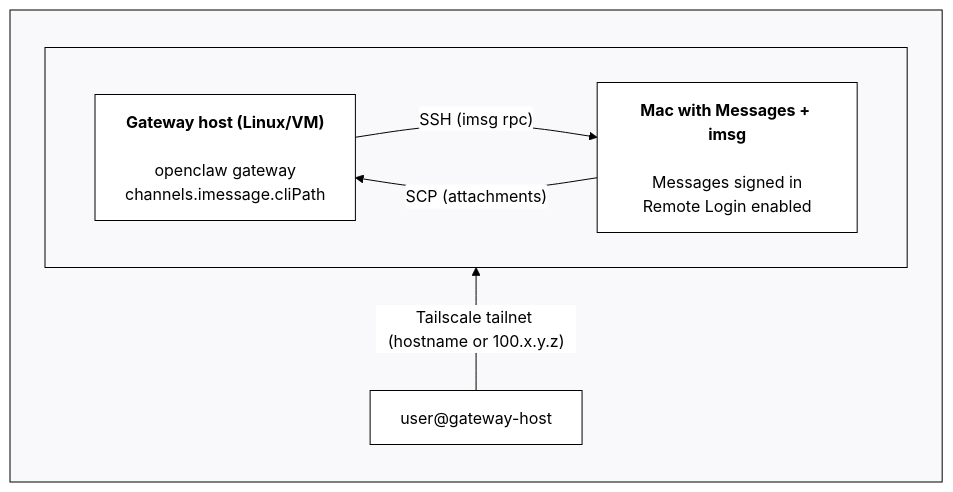
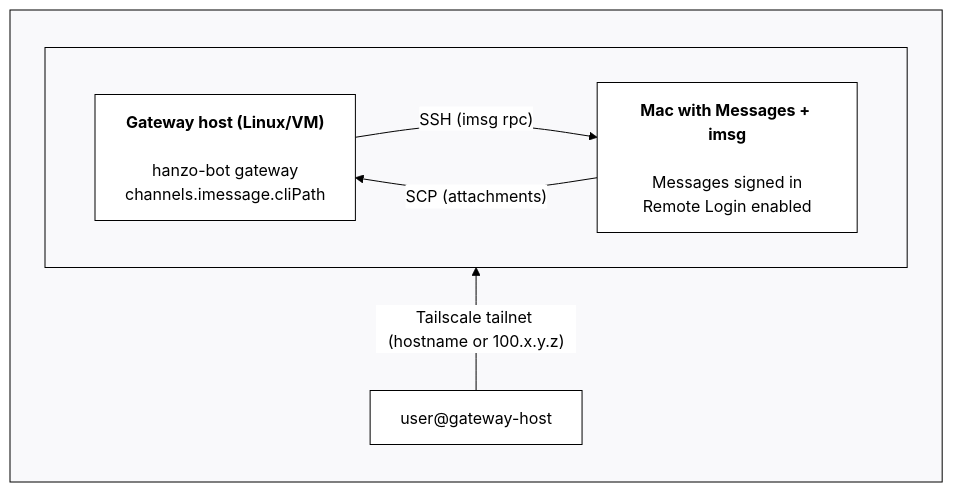
Before and after one commit to hanzoai/bot: the diagram in docs/channels/imessage.md, drawn with Mermaid. The commit also changed other lines of this file and 3134 other files, not shown here.

First line of the commit message:
Rebrand OpenClaw → Hanzo Bot across entire codebase

````diff
--- a/docs/channels/imessage.md
+++ b/docs/channels/imessage.md
@@ -175,30 +175,30 @@
 ```mermaid
 %%{init: {
   'theme': 'base',
   'themeVariables': {
     'primaryColor': '#ffffff',
     'primaryTextColor': '#000000',
     'primaryBorderColor': '#000000',
     'lineColor': '#000000',
     'secondaryColor': '#f9f9fb',
     'tertiaryColor': '#ffffff',
     'clusterBkg': '#f9f9fb',
     'clusterBorder': '#000000',
     'nodeBorder': '#000000',
     'mainBkg': '#ffffff',
     'edgeLabelBackground': '#ffffff'
   }
 }}%%
 flowchart TB
  subgraph T[" "]
  subgraph Tailscale[" "]
     direction LR
-      Gateway["<b>Gateway host (Linux/VM)<br></b><br>openclaw gateway<br>channels.imessage.cliPath"]
+      Gateway["<b>Gateway host (Linux/VM)<br></b><br>hanzo-bot gateway<br>channels.imessage.cliPath"]
       Mac["<b>Mac with Messages + imsg<br></b><br>Messages signed in<br>Remote Login enabled"]
   end
     Gateway -- SSH (imsg rpc) --> Mac
     Mac -- SCP (attachments) --> Gateway
     direction BT
     User["user@gateway-host"] -- "Tailscale tailnet (hostname or 100.x.y.z)" --> Gateway
 end
 ```
````
